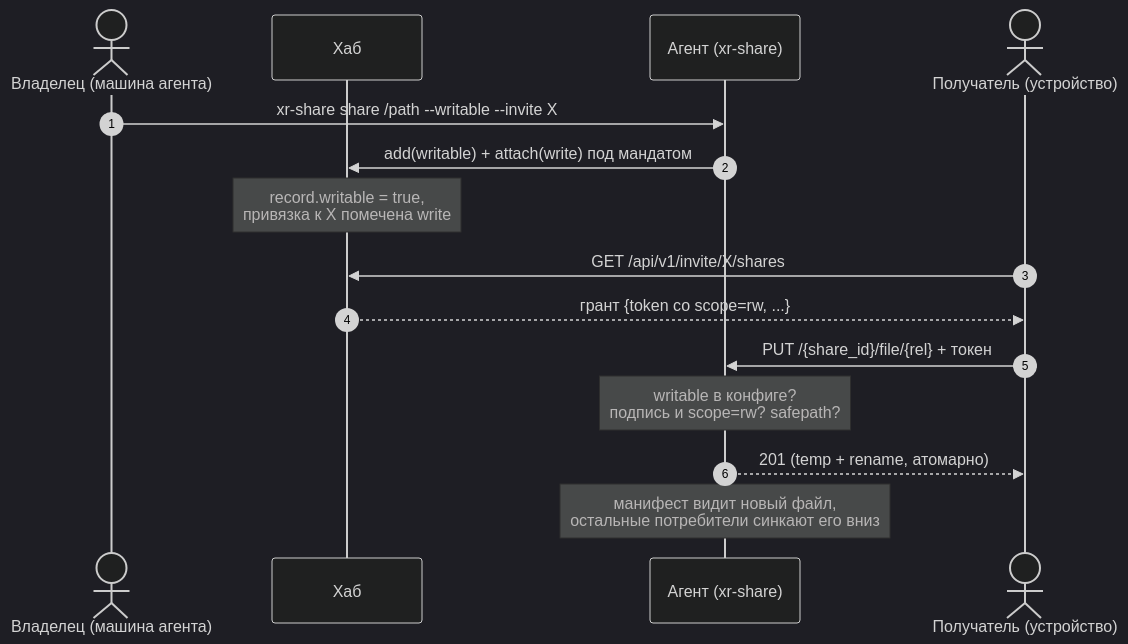
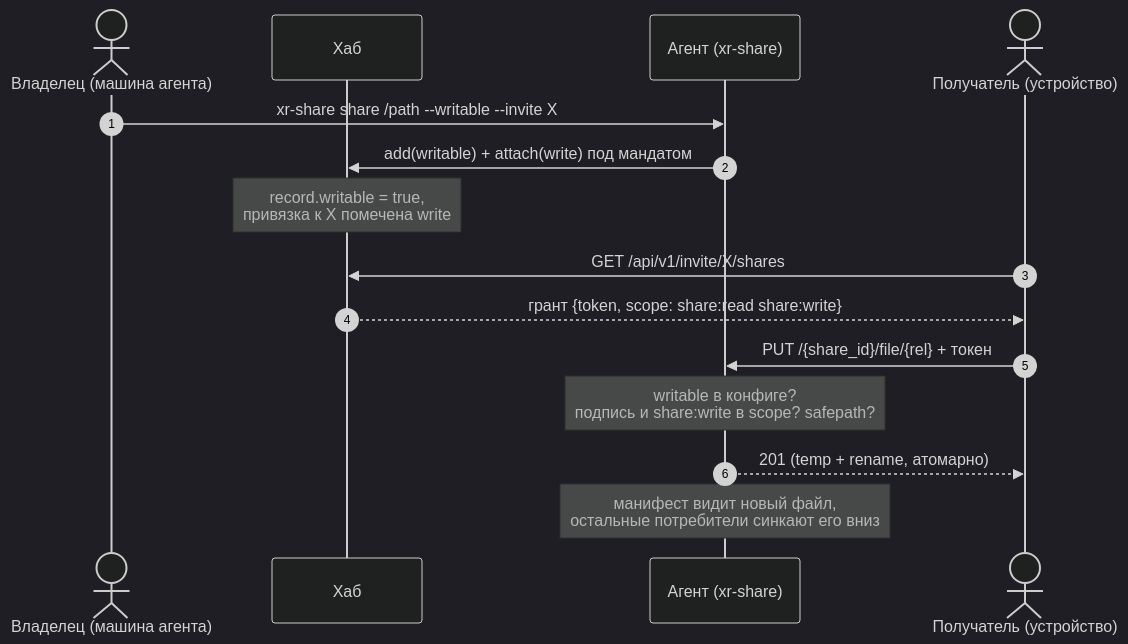
Before and after one commit to dronrider/xr-proxy: the diagram in docs/lld/28-share-write-scope.md, drawn with Mermaid (dark theme). The commit also changed other lines of this file and 1 other file, not shown here.

Commit message:
docs(lld): XR-051 LLD-28 scope в форме OAuth (share:read share:write), имена клеймов под будущий переезд на JWT

````diff
--- a/docs/lld/28-share-write-scope.md
+++ b/docs/lld/28-share-write-scope.md
@@ -29,18 +29,18 @@
 ```mermaid
 sequenceDiagram
     autonumber
     actor Owner as Владелец (машина агента)
     participant Hub as Хаб
     participant Agent as Агент (xr-share)
     actor User as Получатель (устройство)
 
     Owner->>Agent: xr-share share /path --writable --invite X
     Agent->>Hub: add(writable) + attach(write) под мандатом
     Note over Hub: record.writable = true,<br/>привязка к X помечена write
     User->>Hub: GET /api/v1/invite/X/shares
-    Hub-->>User: грант {token со scope=rw, ...}
+    Hub-->>User: грант {token, scope: share:read share:write}
     User->>Agent: PUT /{share_id}/file/{rel} + токен
-    Note over Agent: writable в конфиге?<br/>подпись и scope=rw? safepath?
+    Note over Agent: writable в конфиге?<br/>подпись и share:write в scope? safepath?
     Agent-->>User: 201 (temp + rename, атомарно)
     Note over Agent: манифест видит новый файл,<br/>остальные потребители синкают его вниз
 ```
````
